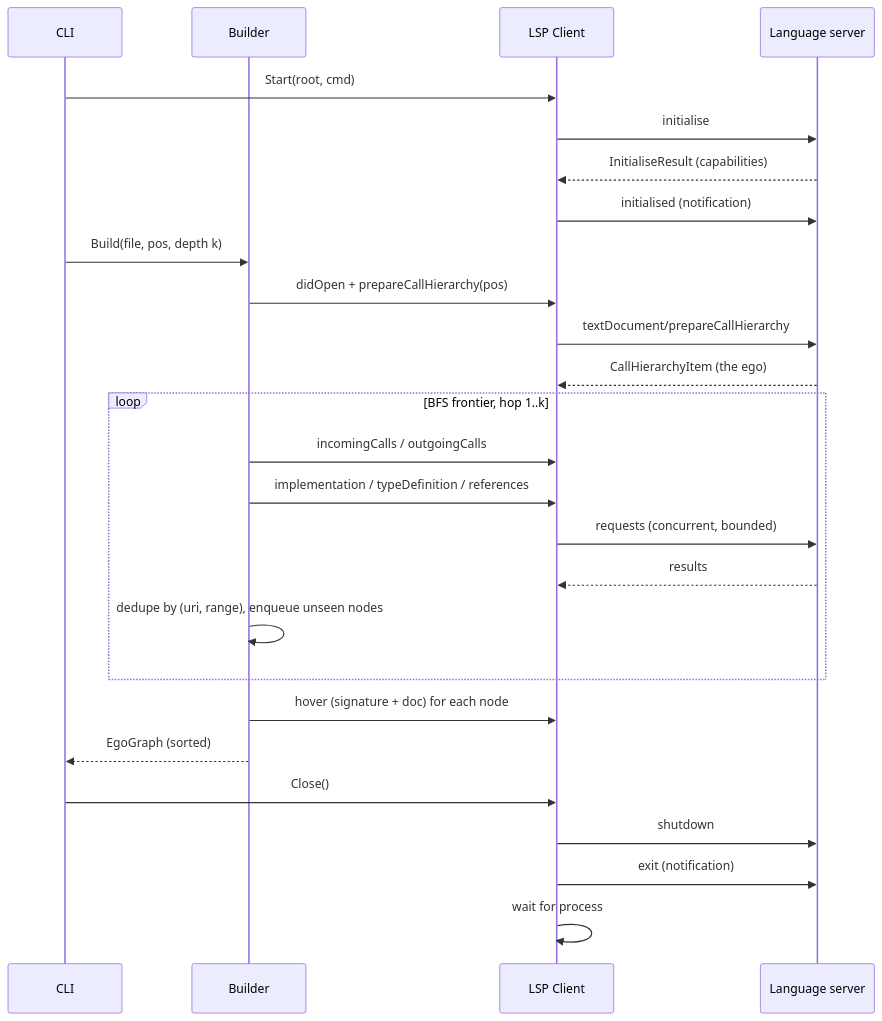
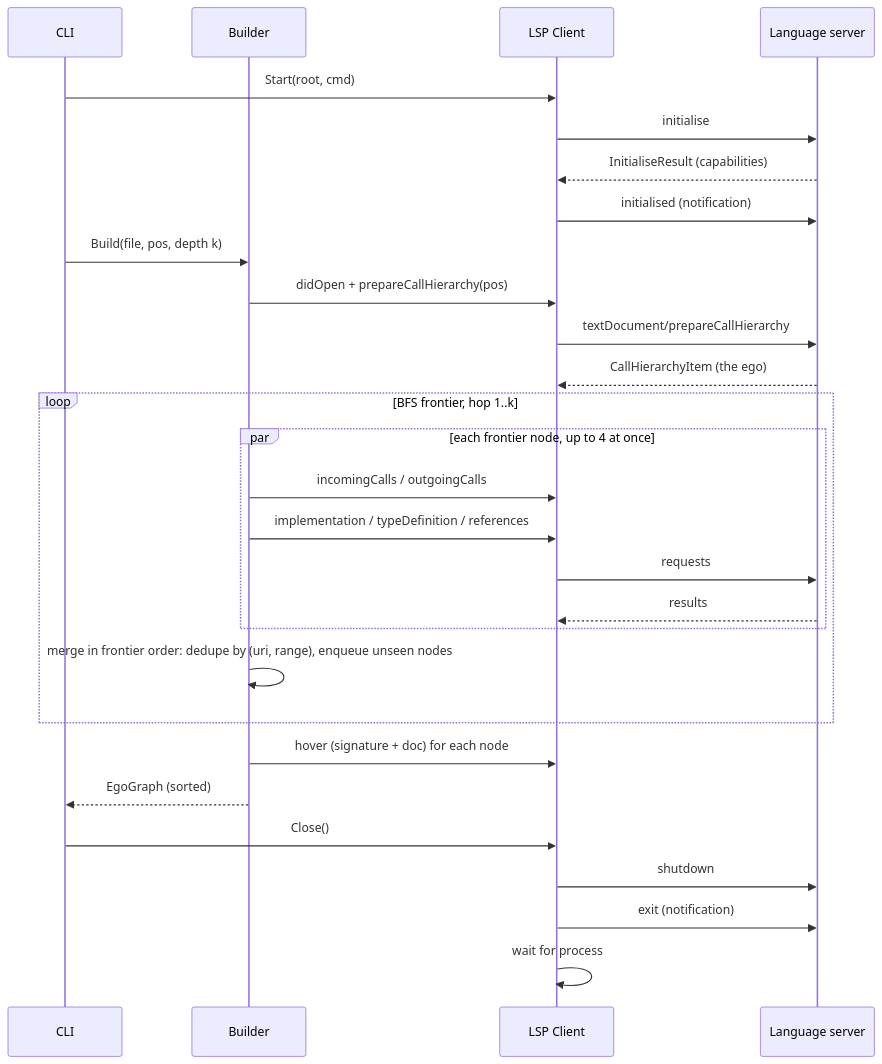
The third of 3 diagrams in docs/ARCHITECTURE.md (Duara-Cortex/ego-dir), drawn with Mermaid before and after one commit. The commit also changed other lines of this file and 25 other files, not shown here.

````diff
--- a/docs/ARCHITECTURE.md
+++ b/docs/ARCHITECTURE.md
@@ -167,29 +232,31 @@
 ```mermaid
 sequenceDiagram
     participant CLI
     participant B as Builder
     participant C as LSP Client
     participant S as Language server
 
     CLI->>C: Start(root, cmd)
     C->>S: initialise
     S-->>C: InitialiseResult (capabilities)
     C->>S: initialised (notification)
     CLI->>B: Build(file, pos, depth k)
     B->>C: didOpen + prepareCallHierarchy(pos)
     C->>S: textDocument/prepareCallHierarchy
     S-->>C: CallHierarchyItem (the ego)
     loop BFS frontier, hop 1..k
-        B->>C: incomingCalls / outgoingCalls
-        B->>C: implementation / typeDefinition / references
-        C->>S: requests (concurrent, bounded)
-        S-->>C: results
-        B->>B: dedupe by (uri, range), enqueue unseen nodes
+        par each frontier node, up to 4 at once
+            B->>C: incomingCalls / outgoingCalls
+            B->>C: implementation / typeDefinition / references
+            C->>S: requests
+            S-->>C: results
+        end
+        B->>B: merge in frontier order: dedupe by (uri, range), enqueue unseen nodes
     end
     B->>C: hover (signature + doc) for each node
     B-->>CLI: EgoGraph (sorted)
     CLI->>C: Close()
     C->>S: shutdown
     C->>S: exit (notification)
     C->>C: wait for process
 ```
````
